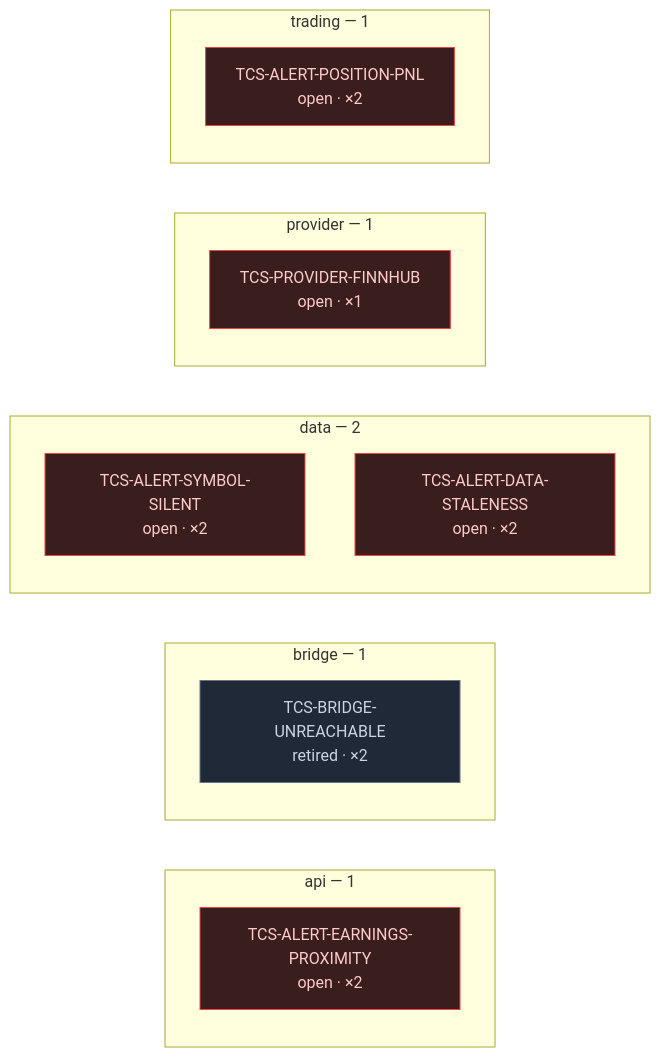
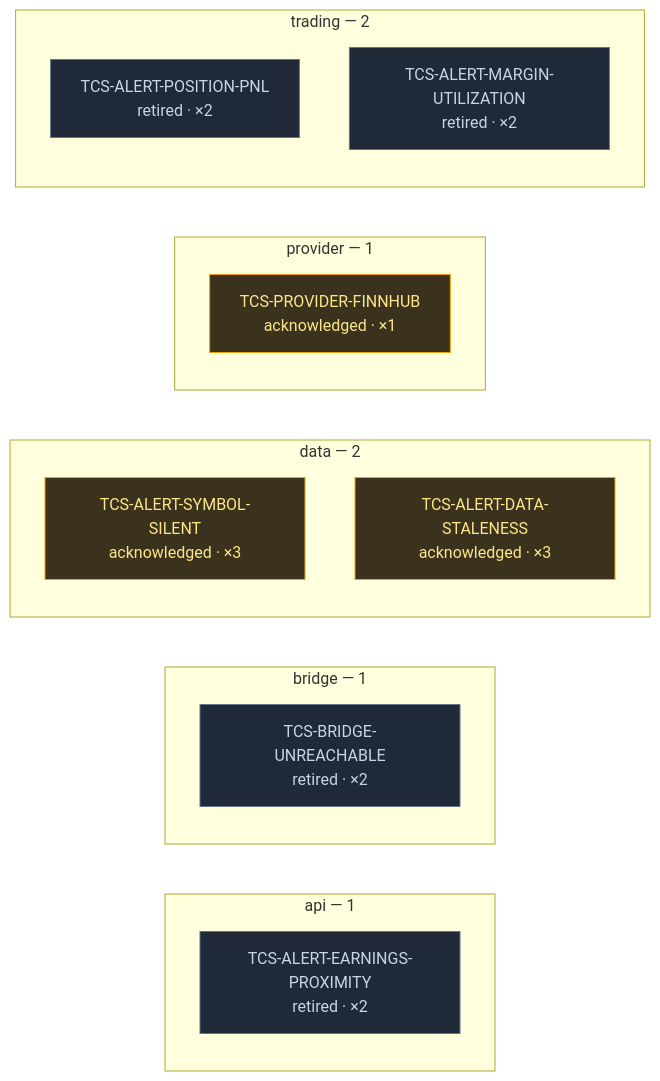
Before and after one commit to FifeCIC/Trading-Command-Suite: the diagram in docs/FAULT-MAP.md, drawn with Mermaid. The commit also changed other lines of this file and 3 other files, not shown here.

````diff
--- a/docs/FAULT-MAP.md
+++ b/docs/FAULT-MAP.md
@@ -11,27 +11,28 @@
 ```mermaid
 flowchart LR
   subgraph f_api["api — 1"]
     direction TB
-    f_TCS_ALERT_EARNINGS_PROXIMITY["TCS-ALERT-EARNINGS-PROXIMITY<br/>open · ×2"]:::open
+    f_TCS_ALERT_EARNINGS_PROXIMITY["TCS-ALERT-EARNINGS-PROXIMITY<br/>retired · ×2"]:::retired
   end
   subgraph f_bridge["bridge — 1"]
     direction TB
     f_TCS_BRIDGE_UNREACHABLE["TCS-BRIDGE-UNREACHABLE<br/>retired · ×2"]:::retired
   end
   subgraph f_data["data — 2"]
     direction TB
-    f_TCS_ALERT_SYMBOL_SILENT["TCS-ALERT-SYMBOL-SILENT<br/>open · ×2"]:::open
-    f_TCS_ALERT_DATA_STALENESS["TCS-ALERT-DATA-STALENESS<br/>open · ×2"]:::open
+    f_TCS_ALERT_SYMBOL_SILENT["TCS-ALERT-SYMBOL-SILENT<br/>acknowledged · ×3"]:::acknowledged
+    f_TCS_ALERT_DATA_STALENESS["TCS-ALERT-DATA-STALENESS<br/>acknowledged · ×3"]:::acknowledged
   end
   subgraph f_provider["provider — 1"]
     direction TB
-    f_TCS_PROVIDER_FINNHUB["TCS-PROVIDER-FINNHUB<br/>open · ×1"]:::open
+    f_TCS_PROVIDER_FINNHUB["TCS-PROVIDER-FINNHUB<br/>acknowledged · ×1"]:::acknowledged
   end
-  subgraph f_trading["trading — 1"]
+  subgraph f_trading["trading — 2"]
     direction TB
-    f_TCS_ALERT_POSITION_PNL["TCS-ALERT-POSITION-PNL<br/>open · ×2"]:::open
+    f_TCS_ALERT_POSITION_PNL["TCS-ALERT-POSITION-PNL<br/>retired · ×2"]:::retired
+    f_TCS_ALERT_MARGIN_UTILIZATION["TCS-ALERT-MARGIN-UTILIZATION<br/>retired · ×2"]:::retired
   end
   classDef open fill:#3a1d1d,stroke:#ef4444,color:#fecaca;
   classDef acknowledged fill:#3a321d,stroke:#f59e0b,color:#fde68a;
   classDef retired fill:#1f2937,stroke:#64748b,color:#cbd5e1;
 ```
````
